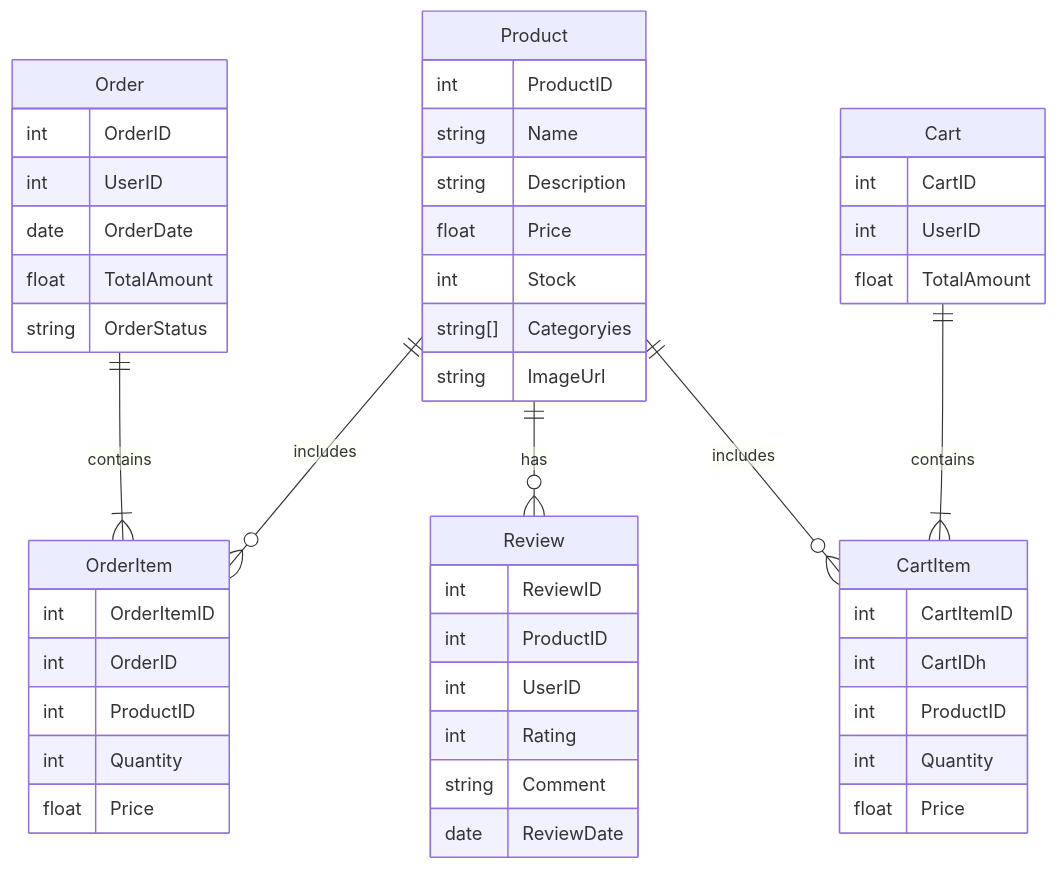
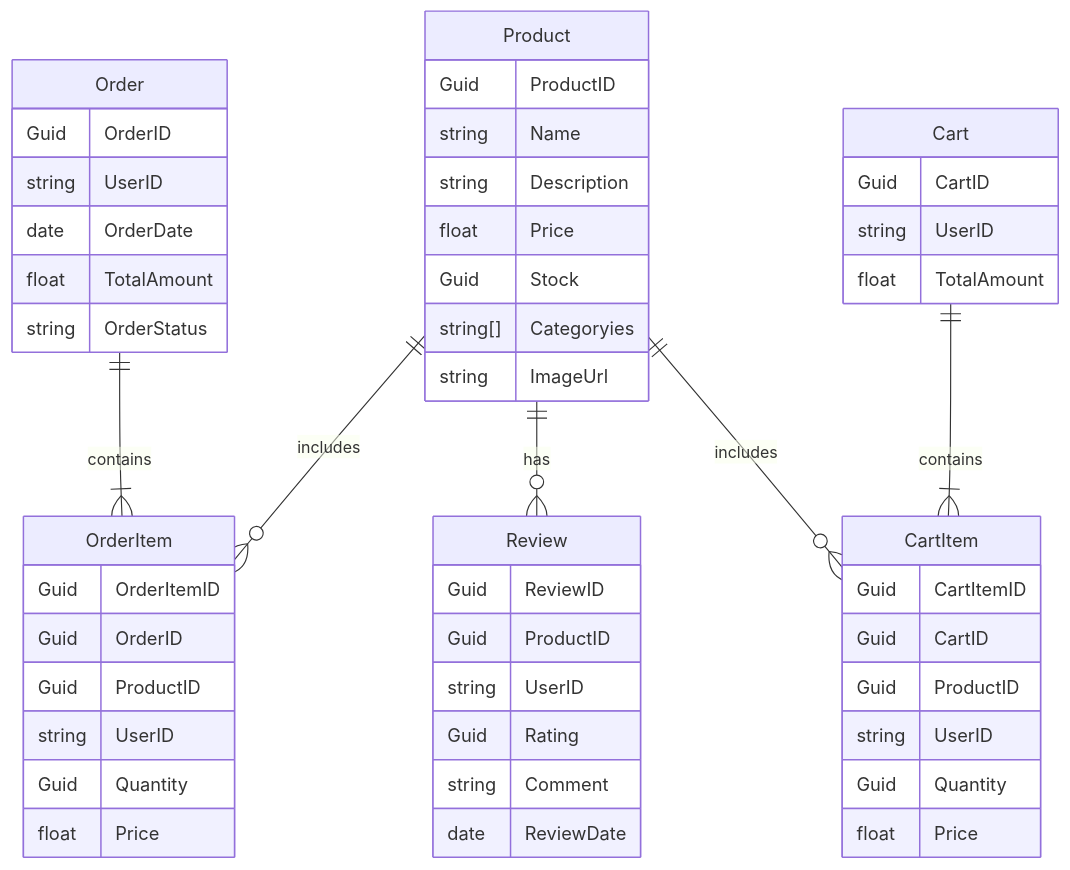
One commit to MGTheTrain/e-commerce-service changed the diagram in docs/diagrams/entity-relationship-diagram.mmd. Above: the diagram before and after it, drawn with Mermaid.

Commit message:
modify entity relationship diagram to consider the user id property

```diff
--- a/docs/diagrams/entity-relationship-diagram.mmd
+++ b/docs/diagrams/entity-relationship-diagram.mmd
@@ -1,62 +1,64 @@
 erDiagram
     %% Bounded Contexts: User Management, Product Management, Order Management, Shopping Cart, Review Management
     
     %% Product Management Context
     Product {
-        int ProductID
+        Guid ProductID
         string Name
         string Description
         float Price
-        int Stock
+        Guid Stock
         string[] Categoryies
         string ImageUrl
     }
     
     %% Order Management Context
     Order {
-        int OrderID
-        int UserID
+        Guid OrderID
+        string UserID
         date OrderDate
         float TotalAmount
         string OrderStatus
     }
     
     OrderItem {
-        int OrderItemID
-        int OrderID
-        int ProductID
-        int Quantity
+        Guid OrderItemID
+        Guid OrderID
+        Guid ProductID
+        string UserID
+        Guid Quantity
         float Price
     }
     
     %% Shopping Cart Context
     Cart {
-        int CartID
-        int UserID
+        Guid CartID
+        string UserID
         float TotalAmount
     }
     
     CartItem {
-        int CartItemID
-        int CartIDh
-        int ProductID
-        int Quantity
+        Guid CartItemID
+        Guid CartID
+        Guid ProductID
+        string UserID
+        Guid Quantity
         float Price
     }
     
     %% Review Management Context
     Review {
-        int ReviewID
-        int ProductID
-        int UserID
-        int Rating
+        Guid ReviewID
+        Guid ProductID
+        string UserID
+        Guid Rating
         string Comment
         date ReviewDate
     }
 
     %% Relationships
     Order ||--|{ OrderItem : contains
     Product ||--o{ OrderItem : includes
     Product ||--o{ Review : has
     Cart ||--|{ CartItem : contains
     Product ||--o{ CartItem : includes
```
